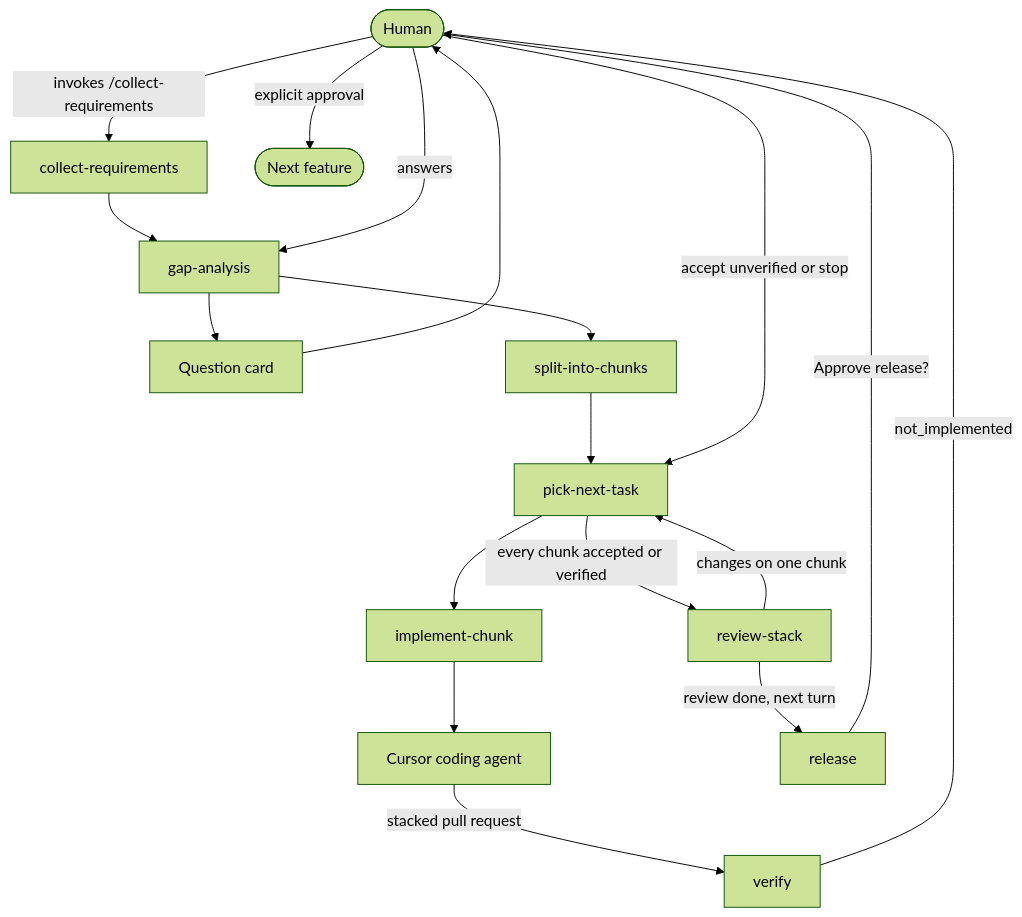
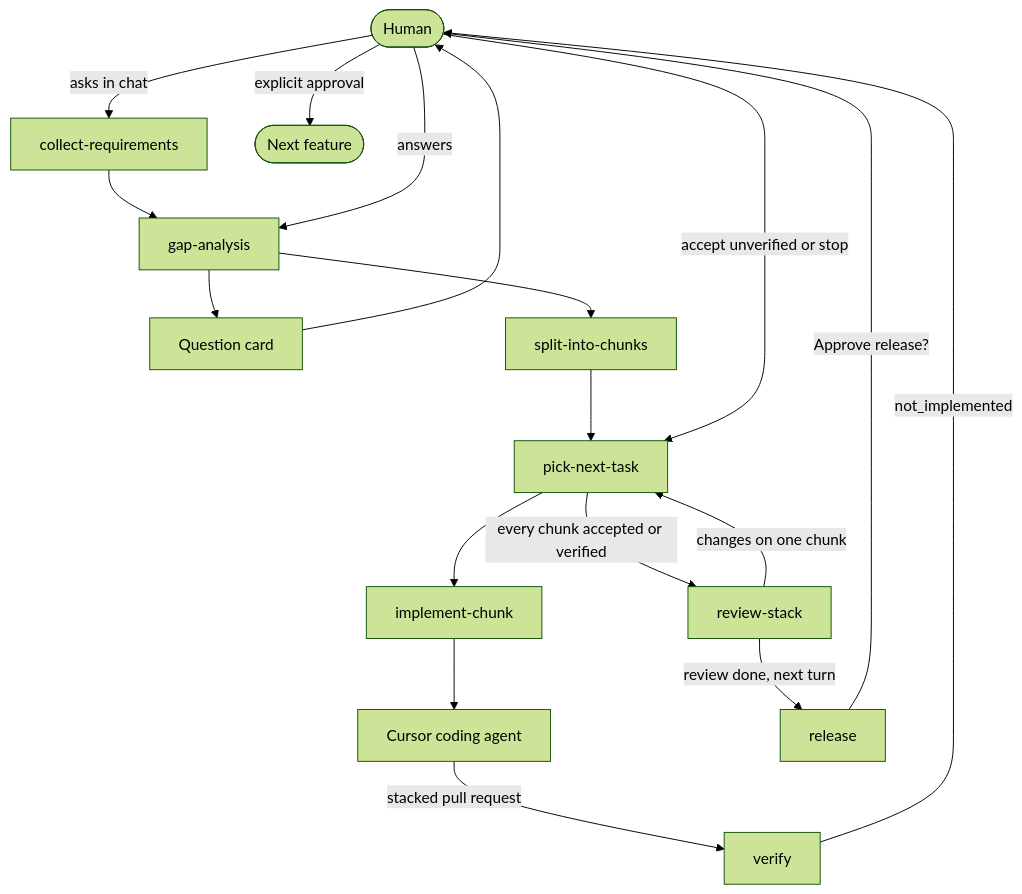
One commit to artem-trachuk/fstack changed the diagram in README.md. Above: the diagram before and after it, drawn with Mermaid (forest theme). The commit also changed other lines of this file and 23 other files, not shown here.

````diff
--- a/README.md
+++ b/README.md
@@ -36,33 +42,33 @@
 ```mermaid
 flowchart TD
   human([Human])
   collect[collect-requirements]
   gap[gap-analysis]
   questions[Question card]
   split[split-into-chunks]
   pick[pick-next-task]
   implement[implement-chunk]
   coding[Cursor coding agent]
   verify[verify]
   review[review-stack]
   release[release]
   done([Next feature])
 
-  human -->|invokes /collect-requirements| collect
+  human -->|asks in chat| collect
   collect --> gap
   gap --> questions
   questions --> human
   human -->|answers| gap
   gap --> split
   split --> pick
   pick --> implement
   implement --> coding
   coding -->|stacked pull request| verify
   verify -->|not_implemented| human
   human -->|accept unverified or stop| pick
   pick -->|every chunk accepted or verified| review
   review -->|changes on one chunk| pick
   review -->|review done, next turn| release
   release -->|Approve release?| human
   human -->|explicit approval| done
 ```
````
